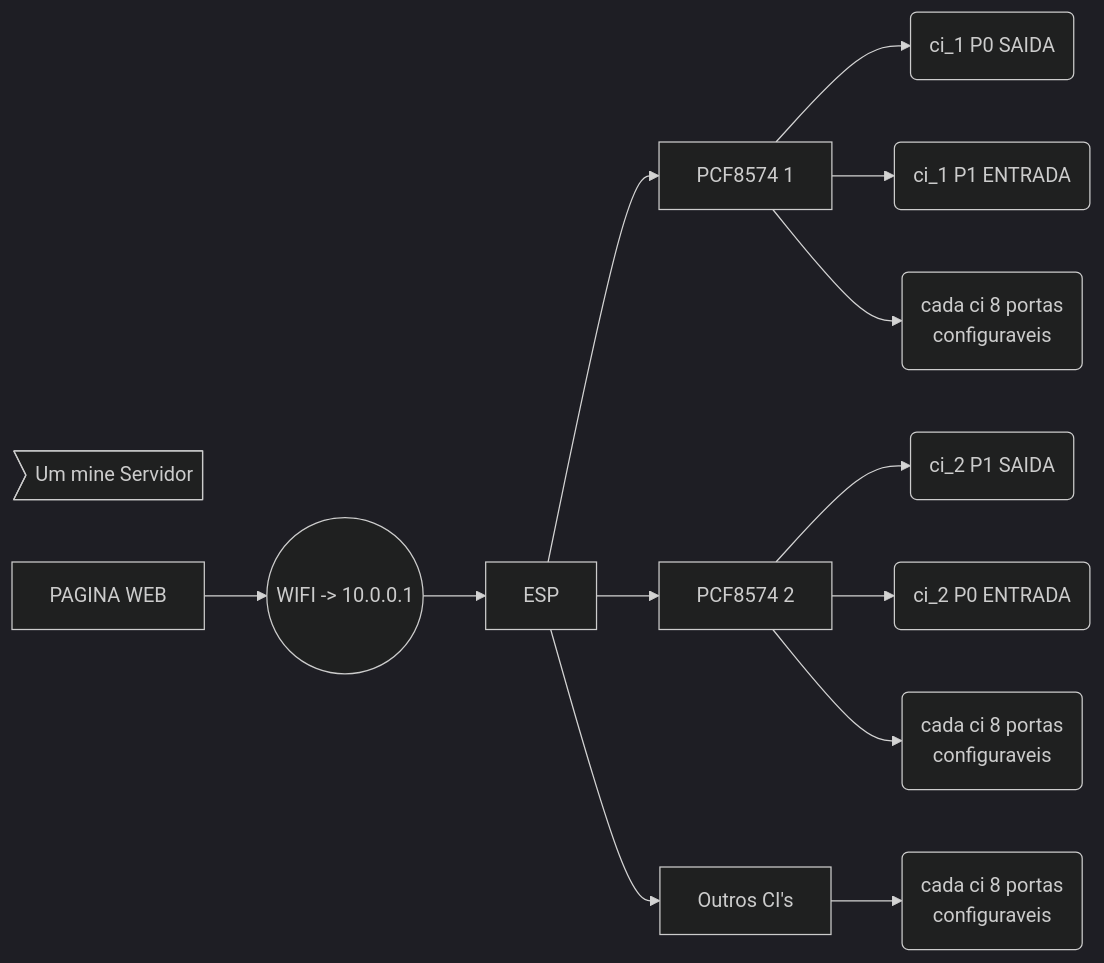
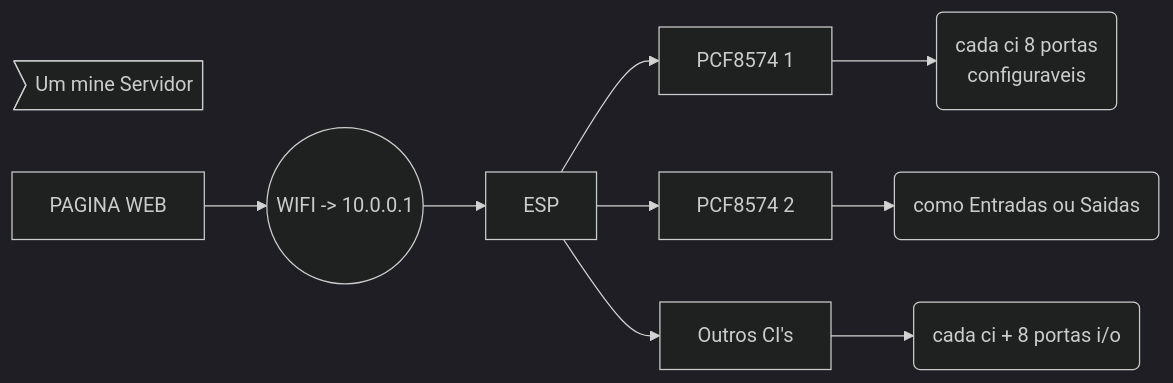
One commit to Condiolov/AppCasa changed the third of 4 diagrams in README.md. Above: the diagram before and after it, drawn with Mermaid (dark theme).

````diff
--- a/README.md
+++ b/README.md
@@ -42,16 +42,12 @@
 ```mermaid
 graph LR
 NOTA>Um mine Servidor]
 A[PAGINA WEB] --> B((WIFI -> 10.0.0.1))
 B --> D[ESP]
 D --> E[PCF8574 1]
-E-->F(ci_1 P0 SAIDA)
-E-->G(ci_1 P1 ENTRADA)
 E-->H(cada ci 8 portas<br/> configuraveis)
 D --> E2[PCF8574 2 ]
-E2-->F2(ci_2 P1 SAIDA)
-E2-->G2(ci_2 P0 ENTRADA)
-E2-->H2(cada ci 8 portas<br/> configuraveis)
+E2-->H2(como Entradas ou Saidas)
 D --> E3[Outros CI's ]
-E3-->H3(cada ci 8 portas<br/> configuraveis)
+E3-->H3(cada ci + 8 portas i/o)
 ```
````
